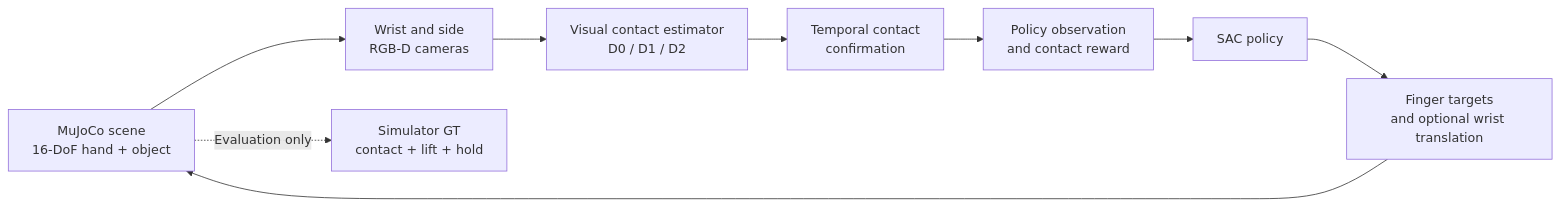
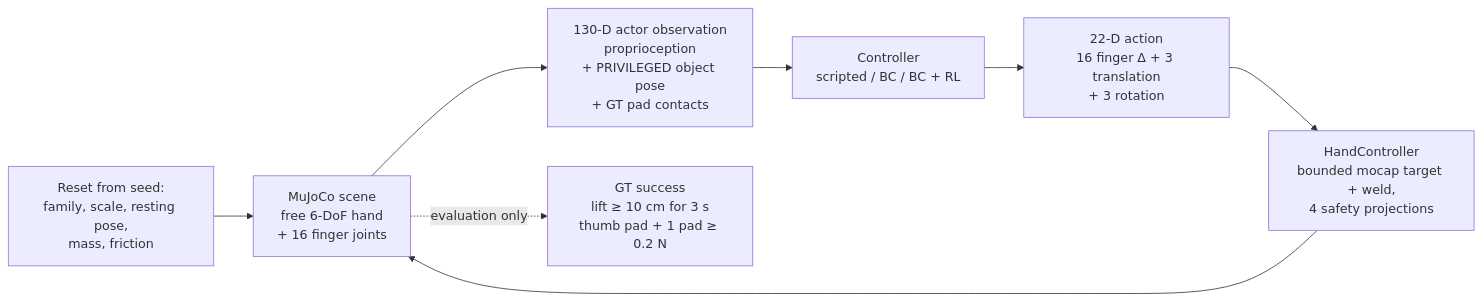
One commit to Mad03633/VisuoGrasp changed the diagram in README.md. Above: the diagram before and after it, drawn with Mermaid. The commit also changed other lines of this file, not shown here.

````diff
--- a/README.md
+++ b/README.md
@@ -26,11 +112,10 @@
 ```mermaid
 flowchart LR
-    S[MuJoCo scene<br/>16-DoF hand + object] --> C[Wrist and side<br/>RGB-D cameras]
-    C --> D[Visual contact estimator<br/>D0 / D1 / D2]
-    D --> T[Temporal contact<br/>confirmation]
-    T --> O[Policy observation<br/>and contact reward]
-    O --> P[SAC policy]
-    P --> A[Finger targets<br/>and optional wrist translation]
-    A --> S
-    S -. Evaluation only .-> G[Simulator GT<br/>contact + lift + hold]
+    R[Reset from seed:<br/>family, scale, resting pose,<br/>mass, friction] --> S[MuJoCo scene<br/>free 6-DoF hand<br/>+ 16 finger joints]
+    S --> O[130-D actor observation<br/>proprioception<br/>+ PRIVILEGED object pose<br/>+ GT pad contacts]
+    O --> P[Controller<br/>scripted / BC / BC + RL]
+    P --> A[22-D action<br/>16 finger Δ + 3 translation<br/>+ 3 rotation]
+    A --> C[HandController<br/>bounded mocap target + weld,<br/>4 safety projections]
+    C --> S
+    S -. evaluation only .-> G[GT success<br/>lift ≥ 10 cm for 3 s<br/>thumb pad + 1 pad ≥ 0.2 N]
 ```
````
